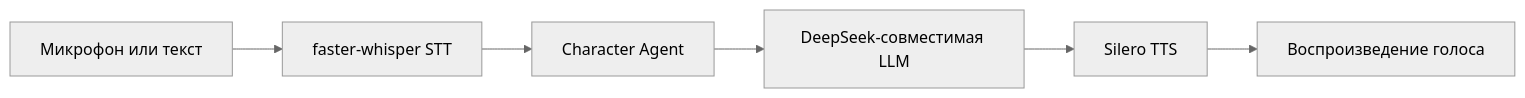
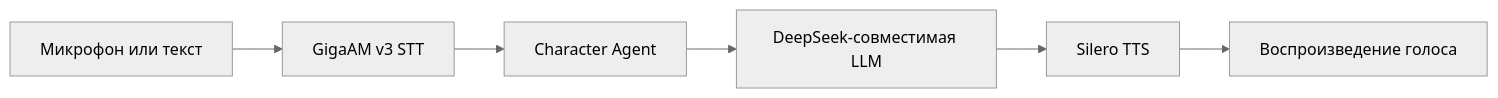
The first of 2 diagrams in README.ru.md (bad1and/NeuroAsist), drawn with Mermaid (neutral theme) before and after one commit. The commit also changed other lines of this file and 9 other files, not shown here.

````diff
--- a/README.ru.md
+++ b/README.ru.md
@@ -28,8 +28,8 @@
 ```mermaid
 flowchart LR
-    A[Микрофон или текст] --> B[faster-whisper STT]
+    A[Микрофон или текст] --> B[GigaAM v3 STT]
     B --> C[Character Agent]
     C --> D[DeepSeek-совместимая LLM]
     D --> E[Silero TTS]
     E --> F[Воспроизведение голоса]
 ```
````
